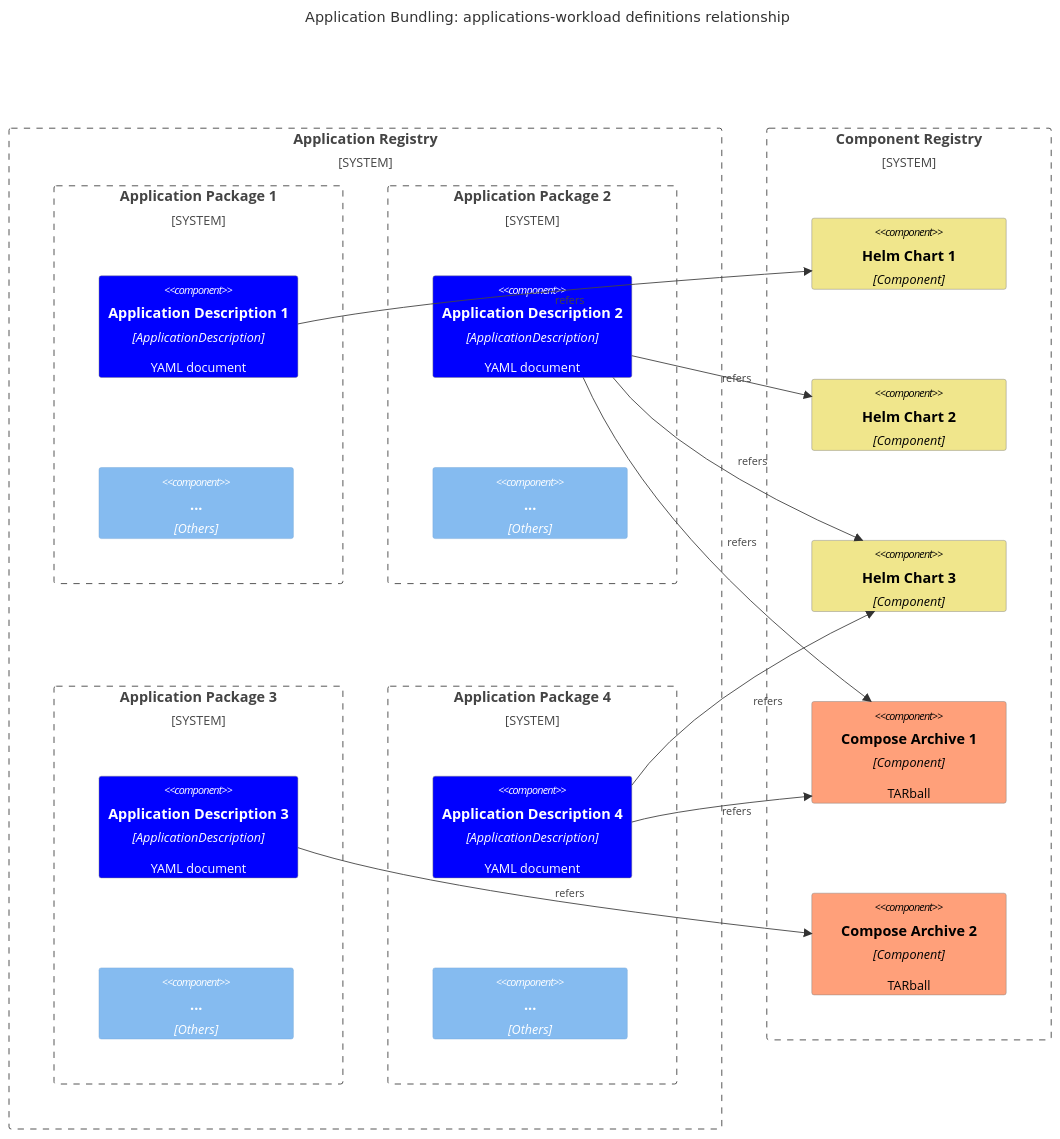
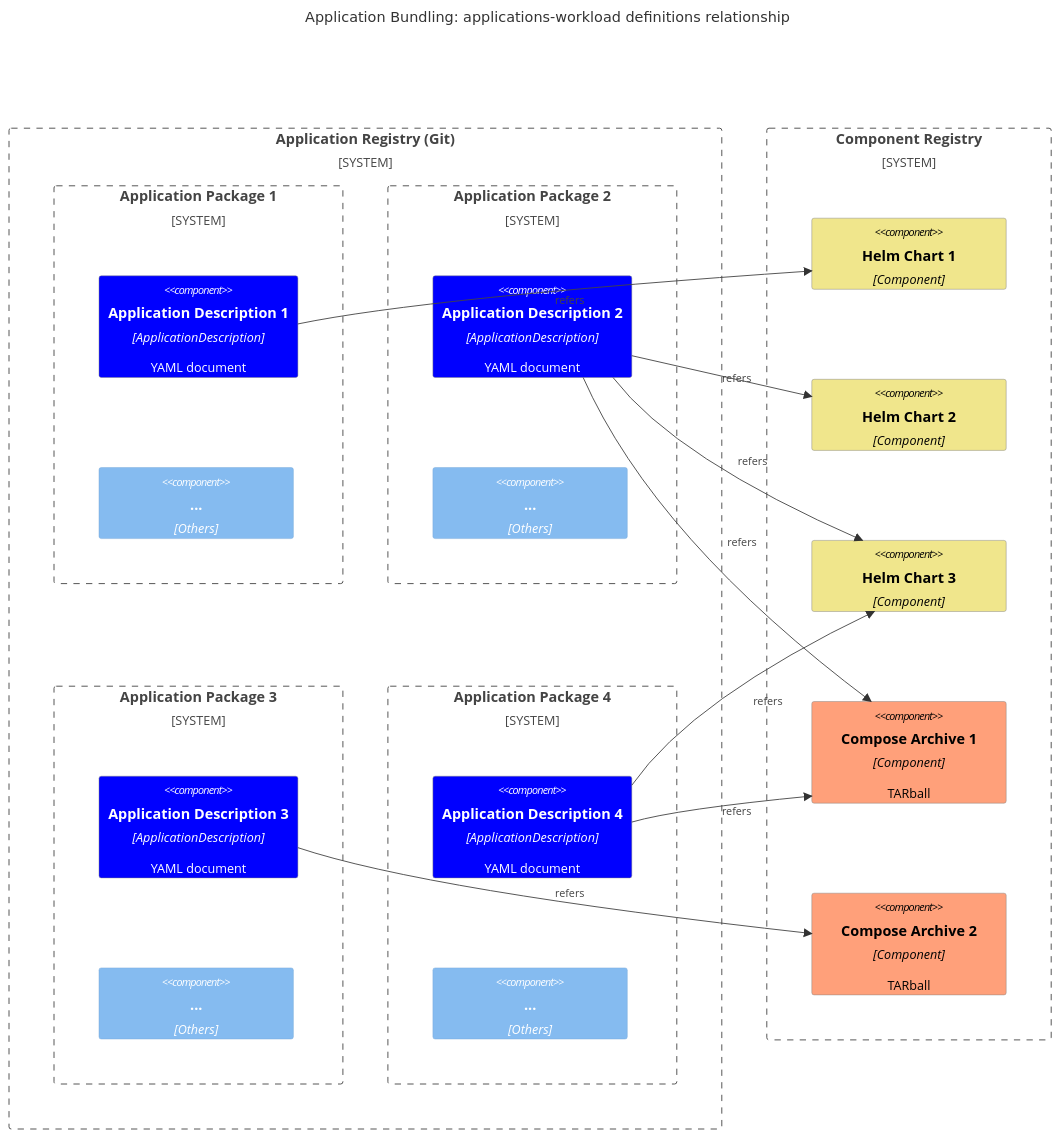
Before and after one commit to margo/specification: the second of 10 diagrams in system-design/margo-overview/software-composition.md, drawn with Mermaid. The commit also changed other lines of this file, not shown here.

First line of the commit message:
fix: application registry instead of catalog

````diff
--- a/system-design/margo-overview/software-composition.md
+++ b/system-design/margo-overview/software-composition.md
@@ -65,55 +63,55 @@
 ```mermaid
 C4Component
     title Application Bundling: applications-workload definitions relationship
 
-    System_Boundary(ar, "Application Registry") {
+    System_Boundary(ar, "Application Registry (Git)") {
         System_Boundary(ab2, "Application Package 1") {
             Component(atb2, "Application Description 1", "ApplicationDescription", "YAML document")
             Component(o2, "...", "Others")
         }
 
         System_Boundary(ab1, "Application Package 2") {
             Component(atb1, "Application Description 2", "ApplicationDescription", "YAML document")
             Component(o1, "...", "Others")
         }
         
         System_Boundary(ab4, "Application Package 3") {
             Component(atb4, "Application Description 3", "ApplicationDescription", "YAML document")
             Component(o4, "...", "Others")
         }
 
         System_Boundary(ab3, "Application Package 4") {
             Component(atb3, "Application Description 4", "ApplicationDescription", "YAML document")
             Component(o3, "...", "Others")
         }
     }
 
     System_Boundary(crr, "Component Registry") {
         Component(hc1, "Helm Chart 1", "Component")
         Component(hc2, "Helm Chart 2", "Component")
         Component(hc3, "Helm Chart 3", "Component")
         Component(cc1, "Compose Archive 1", "Component", "TARball")
         Component(cc2, "Compose Archive 2", "Component", "TARball")
     }
 
     Rel(atb1, hc2, "refers")
     Rel(atb1, cc1, "refers")
 
     Rel(atb2, hc1, "refers")
     Rel(atb1, hc3, "refers")
 
     Rel(atb3, hc3, "refers")
     Rel(atb3, cc1, "refers")
 
     Rel(atb4, cc2, "refers")
 
     UpdateElementStyle(atb1, $fontColor="white", $bgColor="blue", $borderColor="grey")
     UpdateElementStyle(atb2, $fontColor="white", $bgColor="blue", $borderColor="grey")
     UpdateElementStyle(atb3, $fontColor="white", $bgColor="blue", $borderColor="grey")
     UpdateElementStyle(atb4, $fontColor="white", $bgColor="blue", $borderColor="grey")
     UpdateElementStyle(hc1, $fontColor="black", $bgColor="khaki", $borderColor="grey")
     UpdateElementStyle(hc2, $fontColor="black", $bgColor="khaki", $borderColor="grey")
     UpdateElementStyle(hc3, $fontColor="black", $bgColor="khaki", $borderColor="grey")
     UpdateElementStyle(cc1, $fontColor="black", $bgColor="lightsalmon", $borderColor="grey")
     UpdateElementStyle(cc2, $fontColor="black", $bgColor="lightsalmon", $borderColor="grey")
 ```
````
